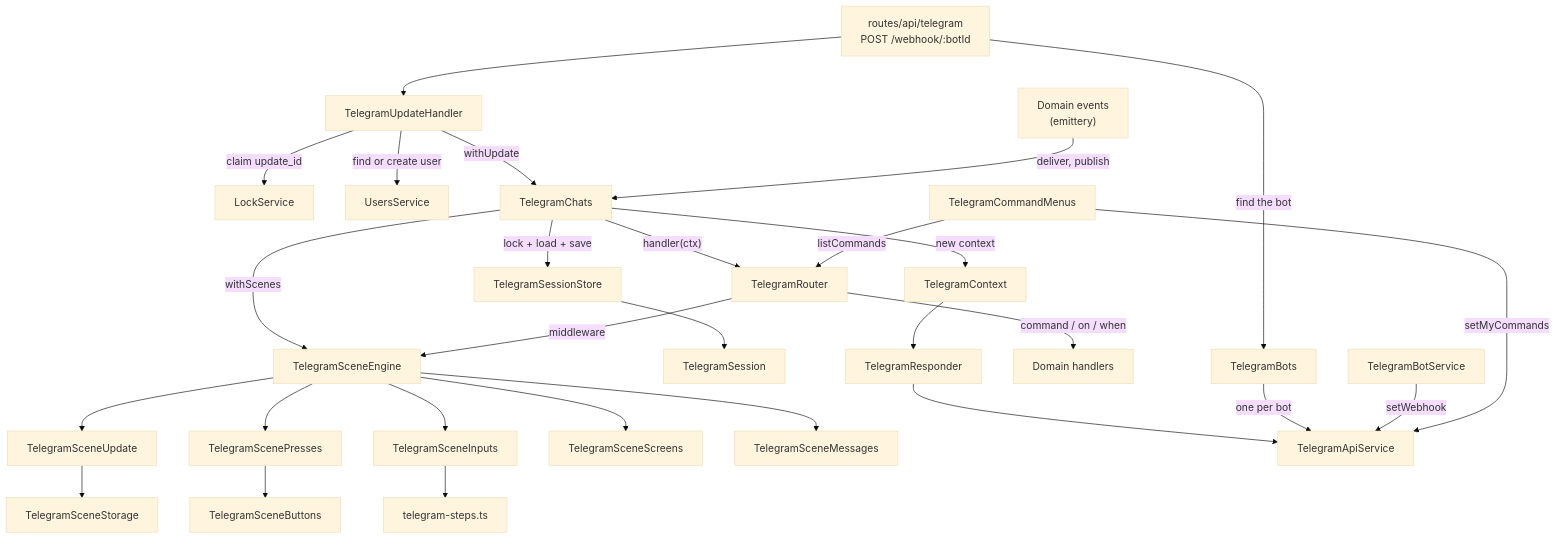
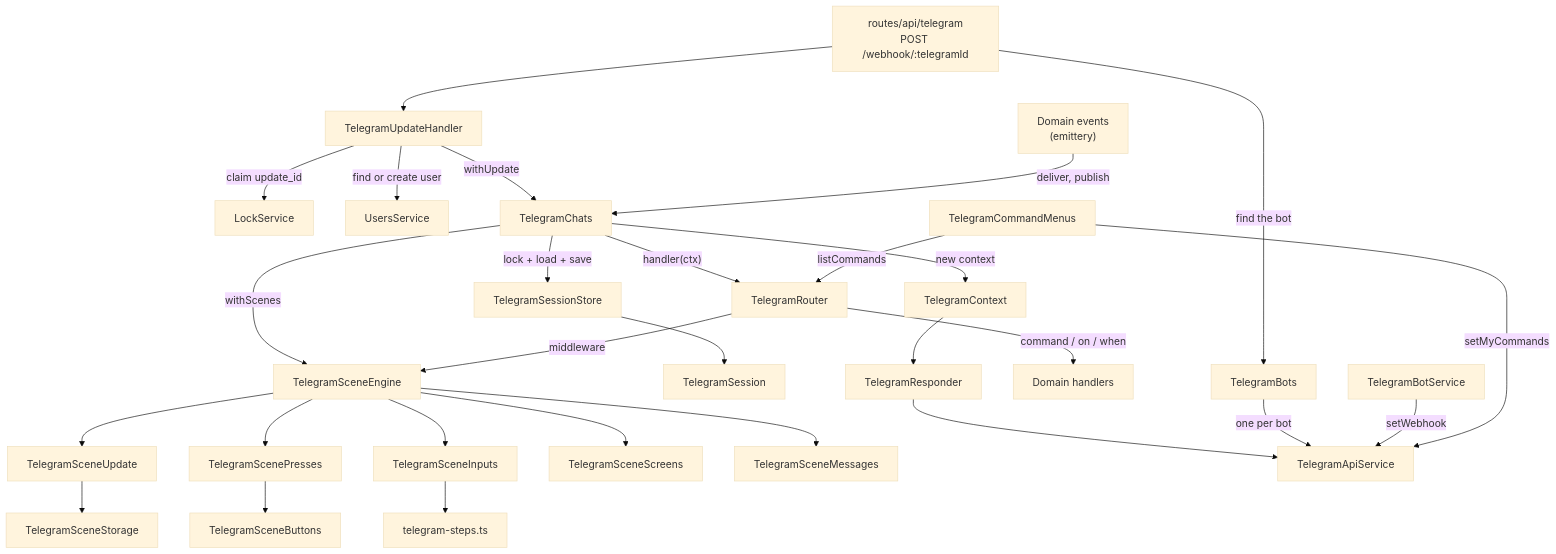
One commit to ayuvlasenko/smart-assistant changed the first of 6 diagrams in apps/server/src/plugins/app/telegram/README.md. Above: the diagram before and after it, drawn with Mermaid (base theme). The commit also changed other lines of this file and 19 other files, not shown here.

````diff
--- a/apps/server/src/plugins/app/telegram/README.md
+++ b/apps/server/src/plugins/app/telegram/README.md
@@ -236,36 +236,36 @@
 ```mermaid
 flowchart TD
-    route["routes/api/telegram<br/>POST /webhook/:botId"] -->|"find the bot"| bots[TelegramBots]
+    route["routes/api/telegram<br/>POST /webhook/:telegramId"] -->|"find the bot"| bots[TelegramBots]
     route --> handler[TelegramUpdateHandler]
     handler -->|"claim update_id"| lock[LockService]
     handler -->|"find or create user"| users[UsersService]
     handler -->|withUpdate| chats[TelegramChats]
 
     chats -->|"lock + load + save"| sessions[TelegramSessionStore]
     sessions --> session[TelegramSession]
     chats -->|"new context"| ctx[TelegramContext]
     chats -->|withScenes| engine[TelegramSceneEngine]
     chats -->|"handler(ctx)"| router[TelegramRouter]
 
     router -->|"middleware"| engine
     router -->|"command / on / when"| domain["Domain handlers"]
 
     engine --> update[TelegramSceneUpdate]
     update --> storage[TelegramSceneStorage]
     engine --> presses[TelegramScenePresses]
     presses --> buttons[TelegramSceneButtons]
     engine --> inputs[TelegramSceneInputs]
     engine --> screens[TelegramSceneScreens]
     engine --> messages[TelegramSceneMessages]
     inputs --> steps["telegram-steps.ts"]
 
     ctx --> responder[TelegramResponder]
     responder --> api[TelegramApiService]
     bots -->|"one per bot"| api
 
     domainEvents["Domain events<br/>(emittery)"] -->|"deliver, publish"| chats
 
     bot[TelegramBotService] -->|setWebhook| api
     menus[TelegramCommandMenus] -->|setMyCommands| api
     menus -->|listCommands| router
 ```
````
